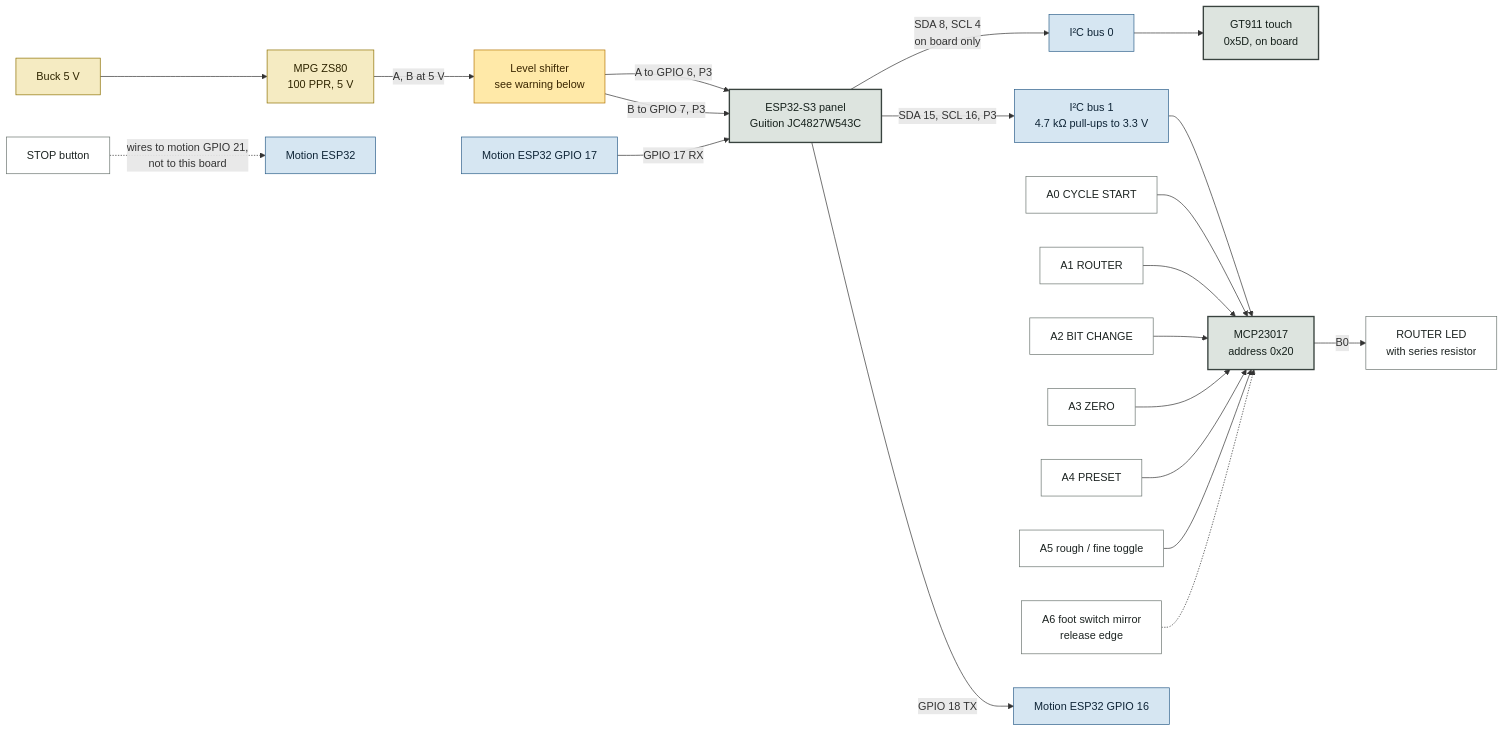
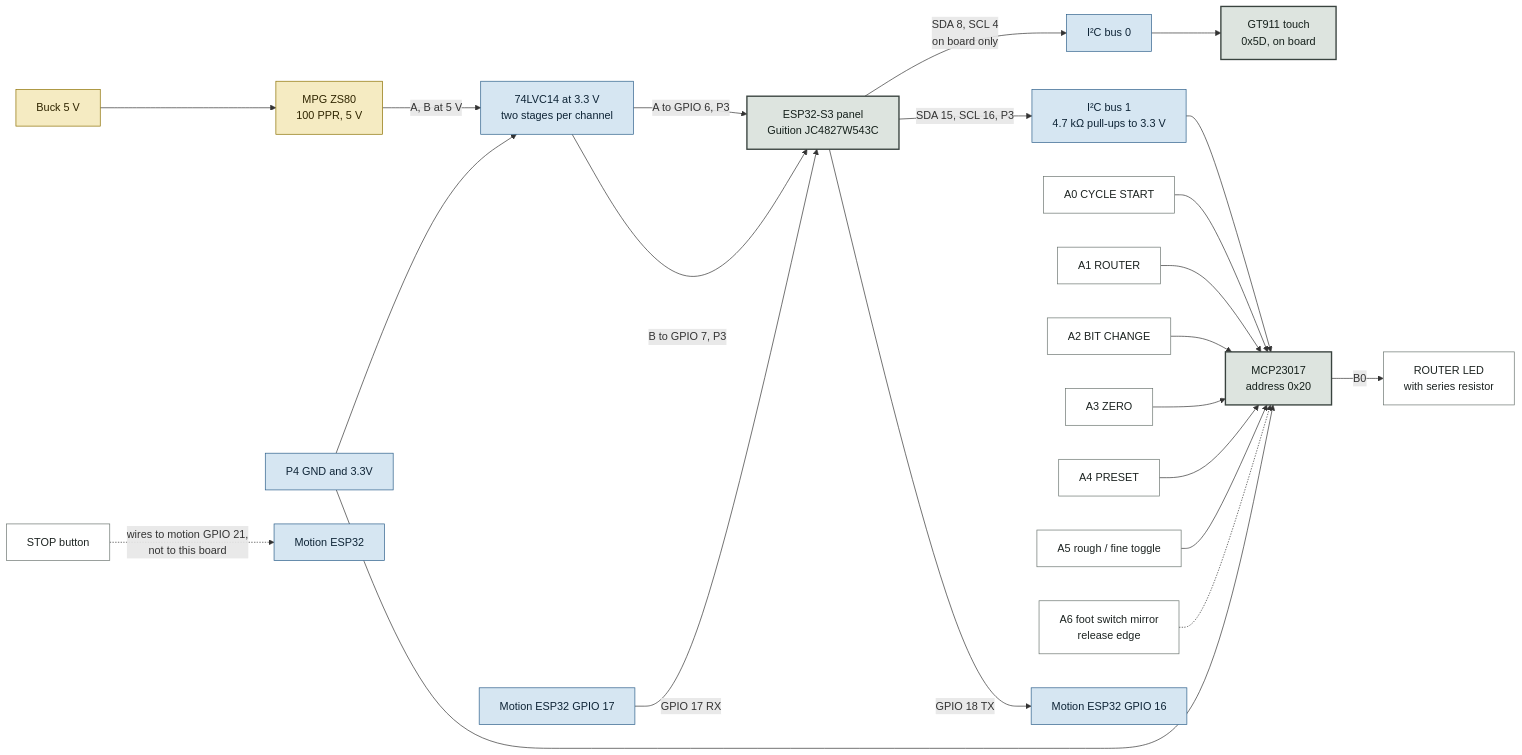
Before and after one commit to swissMack/routerLift: the sixth of 6 diagrams in docs/WIRING-RevH.md, drawn with Mermaid. The commit also changed other lines of this file and 24 other files, not shown here.

````diff
--- a/docs/WIRING-RevH.md
+++ b/docs/WIRING-RevH.md
@@ -299,38 +301,39 @@
 ```mermaid
 flowchart LR
   classDef board fill:#DDE4DF,stroke:#39433F,color:#15201B,stroke-width:2px
   classDef v33 fill:#D6E6F2,stroke:#2C5F8A,color:#0E2436
   classDef v5 fill:#F5EBC2,stroke:#8C7000,color:#2F2500
   classDef field fill:#FFFFFF,stroke:#6B7570,color:#1C2321
   classDef warn fill:#FFE9A8,stroke:#B37400,color:#3A2600
 
-  MPG["MPG ZS80<br/>100 PPR, 5 V"] -->|"A, B at 5 V"| LS["Level shifter<br/>see warning below"]
+  MPG["MPG ZS80<br/>100 PPR, 5 V"] -->|"A, B at 5 V"| LS["74LVC14 at 3.3 V<br/>two stages per channel"]
+  P4P["P4 GND and 3.3V"] --> LS
+  P4P --> MCP
   B5["Buck 5 V"] --> MPG
   LS -->|"A to GPIO 6, P3"| S3
   LS -->|"B to GPIO 7, P3"| S3
 
   S3["ESP32-S3 panel<br/>Guition JC4827W543C"]
   S3 -->|"SDA 8, SCL 4<br/>on board only"| TBUS["I²C bus 0"]
   TBUS --> GT["GT911 touch<br/>0x5D, on board"]
   S3 -->|"SDA 15, SCL 16, P3"| BUS["I²C bus 1<br/>4.7 kΩ pull-ups to 3.3 V"]
   BUS --> MCP["MCP23017<br/>address 0x20"]
 
   A0["A0 CYCLE START"] --> MCP
   A1["A1 ROUTER"] --> MCP
   A2["A2 BIT CHANGE"] --> MCP
   A3["A3 ZERO"] --> MCP
   A4["A4 PRESET"] --> MCP
   A5["A5 rough / fine toggle"] --> MCP
   A6["A6 foot switch mirror<br/>release edge"] -.-> MCP
   MCP -->|"B0"| LED["ROUTER LED<br/>with series resistor"]
 
   S3 -->|"GPIO 18 TX"| FRX["Motion ESP32 GPIO 16"]
   FTX["Motion ESP32 GPIO 17"] -->|"GPIO 17 RX"| S3
   STOP["STOP button"] -.->|"wires to motion GPIO 21,<br/>not to this board"| FST["Motion ESP32"]
 
   class S3,GT,MCP board
-  class BUS,TBUS,FRX,FTX,FST v33
+  class BUS,TBUS,FRX,FTX,FST,LS,P4P v33
   class MPG,B5 v5
   class A0,A1,A2,A3,A4,A5,A6,LED,STOP field
-  class LS warn
 ```
````
